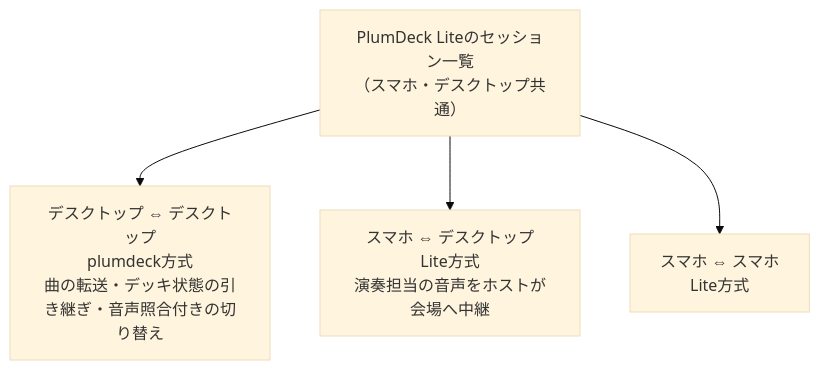
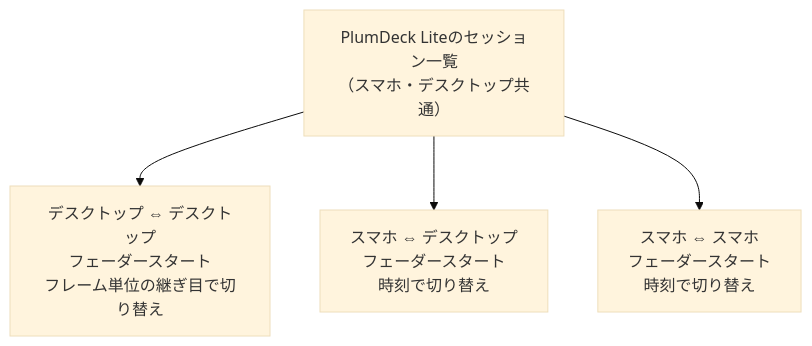
Before and after one commit to Yutahhhhh/plumdeck: the second of 3 diagrams in README.md, drawn with Mermaid (base theme). The commit also changed other lines of this file and 1 other file, not shown here.

````diff
--- a/README.md
+++ b/README.md
@@ -188,7 +192,7 @@
 ```mermaid
 flowchart TB
   List["PlumDeck Liteのセッション一覧<br/>（スマホ・デスクトップ共通）"]
-  List --> DD["デスクトップ ⇔ デスクトップ<br/>plumdeck方式<br/>曲の転送・デッキ状態の引き継ぎ・音声照合付きの切り替え"]
-  List --> LD["スマホ ⇔ デスクトップ<br/>Lite方式<br/>演奏担当の音声をホストが会場へ中継"]
-  List --> LL["スマホ ⇔ スマホ<br/>Lite方式"]
+  List --> DD["デスクトップ ⇔ デスクトップ<br/>フェーダースタート<br/>フレーム単位の継ぎ目で切り替え"]
+  List --> LD["スマホ ⇔ デスクトップ<br/>フェーダースタート<br/>時刻で切り替え"]
+  List --> LL["スマホ ⇔ スマホ<br/>フェーダースタート<br/>時刻で切り替え"]
 ```
````
